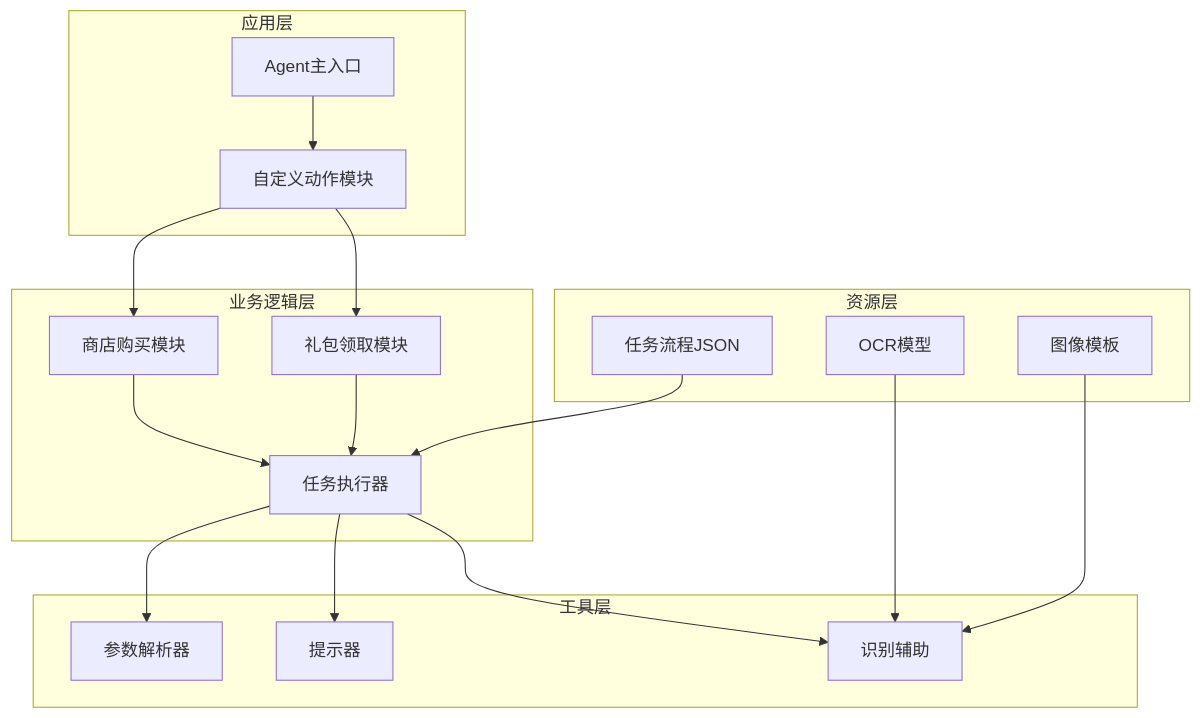
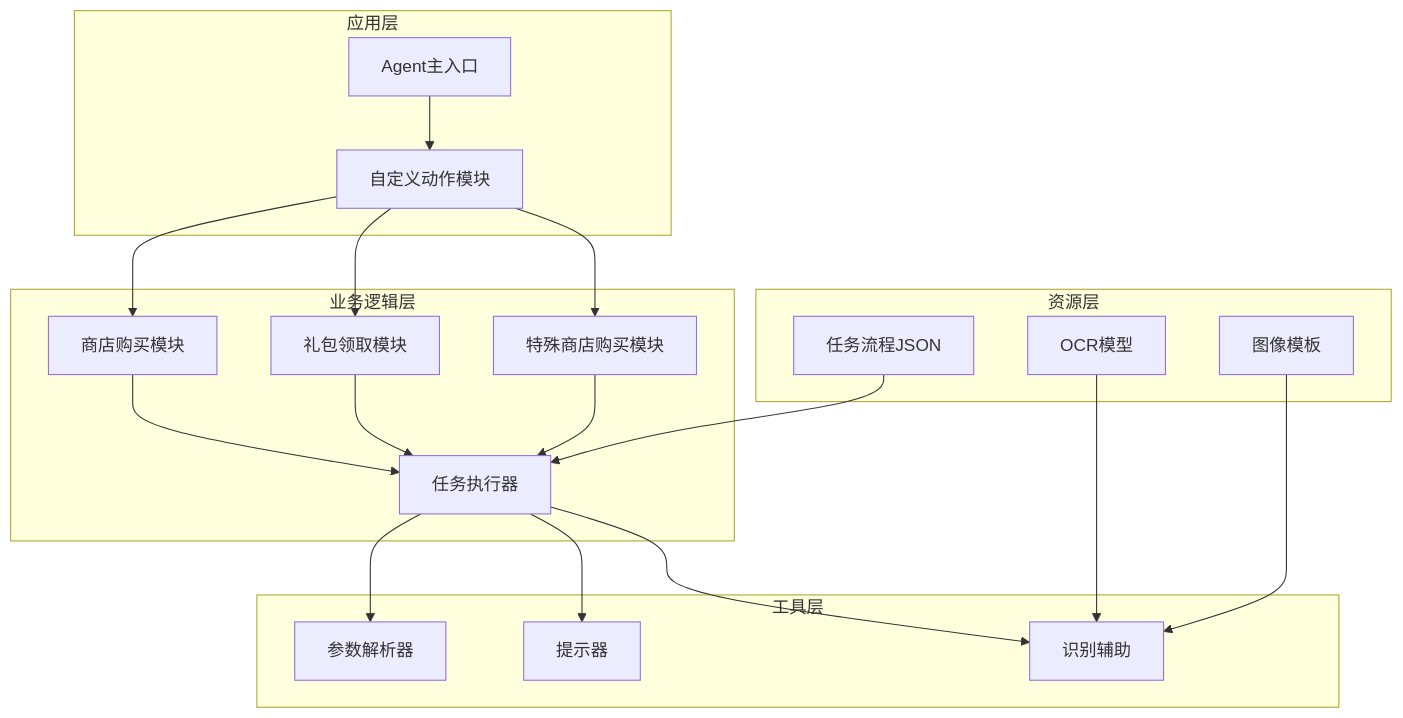
One commit to kqcoxn/MaaDuDuL changed the first of 12 diagrams in .qoder/repowiki/zh/content/核心功能详解/日常任务功能/每日采购功能.md. Above: the diagram before and after it, drawn with Mermaid. The commit also changed other lines of this file and 12 other files, not shown here.

````diff
--- a/.qoder/repowiki/zh/content/核心功能详解/日常任务功能/每日采购功能.md
+++ b/.qoder/repowiki/zh/content/核心功能详解/日常任务功能/每日采购功能.md
@@ -40,33 +50,36 @@
 ```mermaid
 graph TB
 subgraph "应用层"
 A[Agent主入口]
 B[自定义动作模块]
 end
 subgraph "业务逻辑层"
 C[商店购买模块]
 D[礼包领取模块]
 E[任务执行器]
+F[特殊商店购买模块]
 end
 subgraph "工具层"
-F[参数解析器]
-G[提示器]
-H[识别辅助]
+G[参数解析器]
+H[提示器]
+I[识别辅助]
 end
 subgraph "资源层"
-I[任务流程JSON]
-J[OCR模型]
-K[图像模板]
+J[任务流程JSON]
+K[OCR模型]
+L[图像模板]
 end
 A --> B
 B --> C
 B --> D
+B --> F
 C --> E
 D --> E
-E --> F
+F --> E
 E --> G
 E --> H
-I --> E
-J --> H
-K --> H
+E --> I
+J --> E
+K --> I
+L --> I
 ```
````
